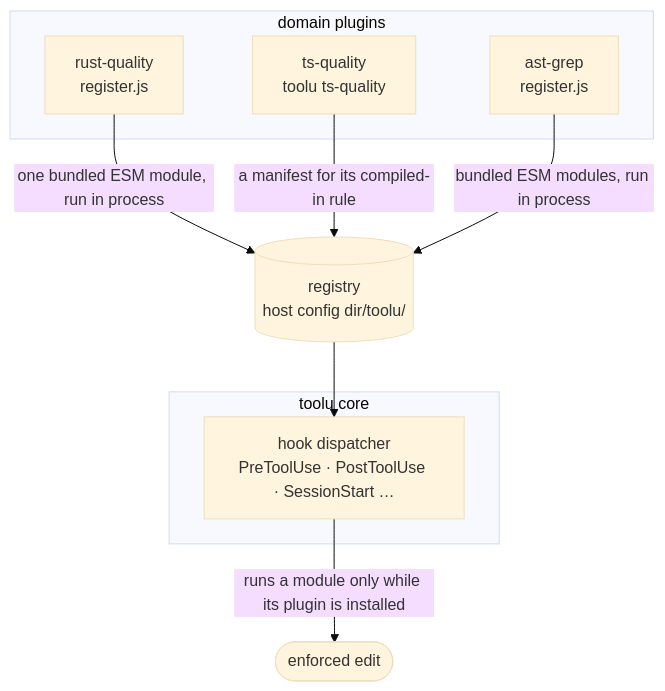
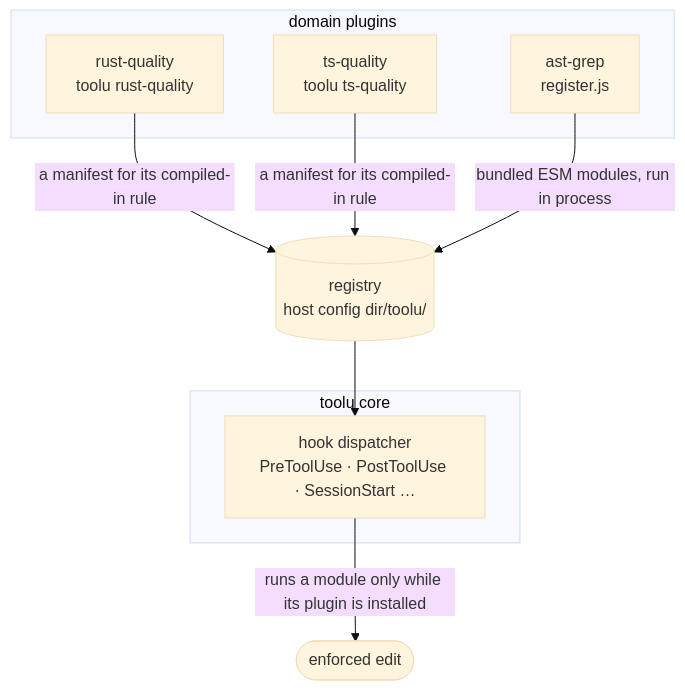
The second of 2 diagrams in README.md (Falconiere/toolu), drawn with Mermaid (base theme) before and after one commit. The commit also changed other lines of this file and 116 other files, not shown here.

First line of the commit message:
feat(rust-quality): port the Rust quality rules to Rust (#428) (#518)

````diff
--- a/README.md
+++ b/README.md
@@ -270,16 +270,16 @@
 ```mermaid
 flowchart TD
     subgraph core["toolu core"]
         D["hook dispatcher<br/>PreToolUse · PostToolUse · SessionStart …"]
     end
     subgraph plugins["domain plugins"]
-        RQ["rust-quality<br/>register.js"]
+        RQ["rust-quality<br/>toolu rust-quality"]
         TQ["ts-quality<br/>toolu ts-quality"]
         AG["ast-grep<br/>register.js"]
     end
-    RQ -- "one bundled ESM module, run in process" --> R[("registry<br/>host config dir/toolu/")]
+    RQ -- "a manifest for its compiled-in rule" --> R[("registry<br/>host config dir/toolu/")]
     TQ -- "a manifest for its compiled-in rule" --> R
     AG -- "bundled ESM modules, run in process" --> R
     R --> D
     D -- "runs a module only while its plugin is installed" --> OUT([enforced edit])
 ```
````
